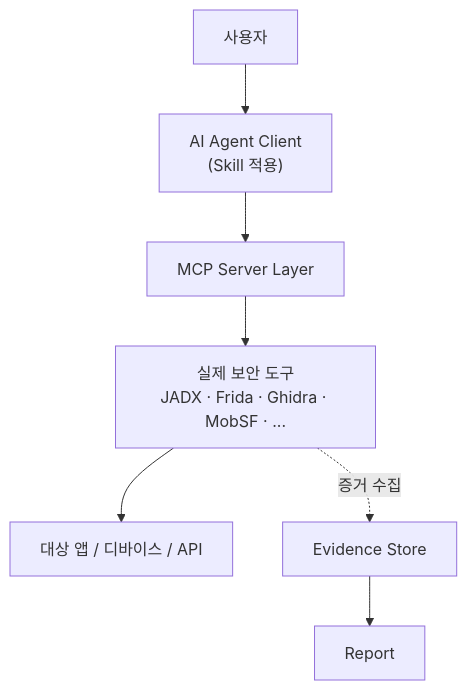
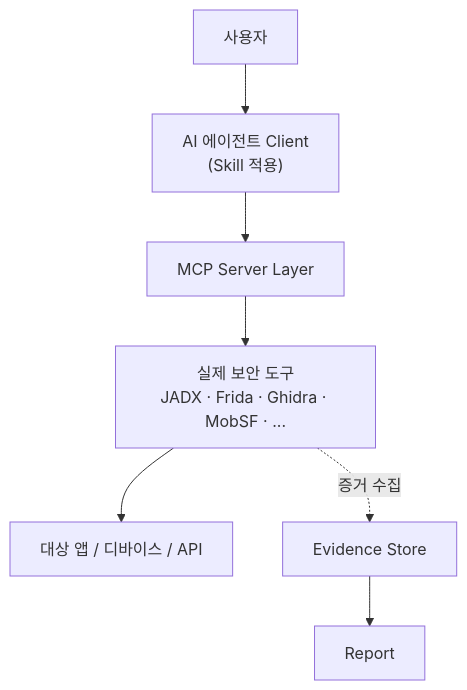
The fourth of 9 diagrams in docs/mobile-audit-mcp-origin/source.md (koalav/present-anyything), drawn with Mermaid before and after one commit. The commit also changed other lines of this file and 26 other files, not shown here.

````diff
--- a/docs/mobile-audit-mcp-origin/source.md
+++ b/docs/mobile-audit-mcp-origin/source.md
@@ -219,14 +219,14 @@
 ```mermaid
 flowchart TB
     U[사용자]
-    A["AI Agent Client<br>(Skill 적용)"]
+    A["AI 에이전트 Client<br>(Skill 적용)"]
     M[MCP Server Layer]
     T["실제 보안 도구<br>JADX · Frida · Ghidra · MobSF · ..."]
     Tg[대상 앱 / 디바이스 / API]
     E[Evidence Store]
     R[Report]
 
     U --> A --> M --> T --> Tg
     T -.->|"증거 수집"| E
     E --> R
 ```
````
